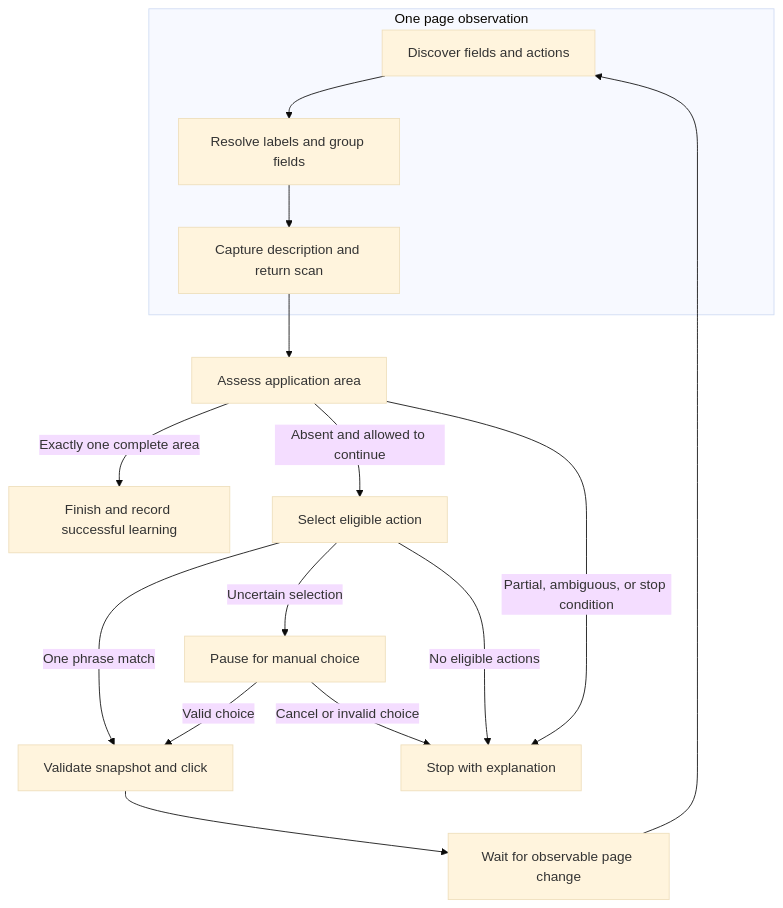
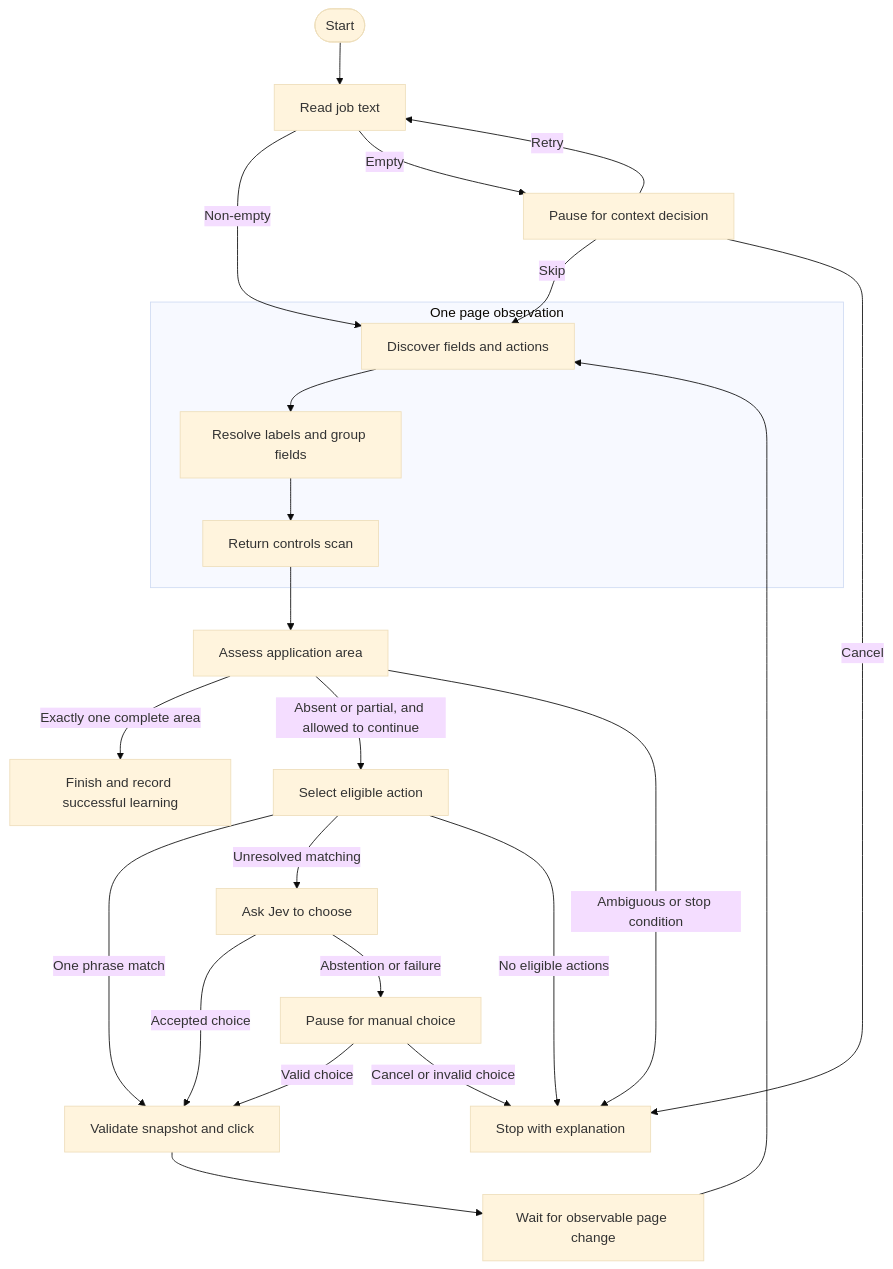
Before and after one commit to filipe-mendes-dev/ragnarok: the first of 4 diagrams in docs/job-extension-tutorial.md, drawn with Mermaid (base theme). The commit also changed other lines of this file and 9 other files, not shown here.

Commit message:
feat: enhance job extension documentation and implementation guides, detailing context acquisition, scanning processes, and backend integration for improved developer understanding and workflow clarity

````diff
--- a/docs/job-extension-tutorial.md
+++ b/docs/job-extension-tutorial.md
@@ -65,18 +69,26 @@
 ```mermaid
 flowchart TD
+    Start([Start]) --> Context[Read job text]
+    Context -->|Non-empty| Inventory
+    Context -->|Empty| ContextPause[Pause for context decision]
+    ContextPause -->|Retry| Context
+    ContextPause -->|Skip| Inventory
+    ContextPause -->|Cancel| Stop
     subgraph Observation[One page observation]
         Inventory[Discover fields and actions] --> Labels[Resolve labels and group fields]
-        Labels --> Description[Capture description and return scan]
+        Labels --> Description[Return controls scan]
     end
     Description --> Assess[Assess application area]
     Assess -->|Exactly one complete area| Found[Finish and record successful learning]
-    Assess -->|Absent and allowed to continue| Choose[Select eligible action]
-    Assess -->|Partial, ambiguous, or stop condition| Stop[Stop with explanation]
+    Assess -->|Absent or partial, and allowed to continue| Choose[Select eligible action]
+    Assess -->|Ambiguous or stop condition| Stop[Stop with explanation]
     Choose -->|One phrase match| Click[Validate snapshot and click]
-    Choose -->|Uncertain selection| Manual[Pause for manual choice]
+    Choose -->|Unresolved matching| Jev[Ask Jev to choose]
+    Jev -->|Accepted choice| Click
+    Jev -->|Abstention or failure| Manual[Pause for manual choice]
     Choose -->|No eligible actions| Stop
     Manual -->|Valid choice| Click
     Manual -->|Cancel or invalid choice| Stop
     Click --> Wait[Wait for observable page change]
     Wait --> Inventory
 ```
````
